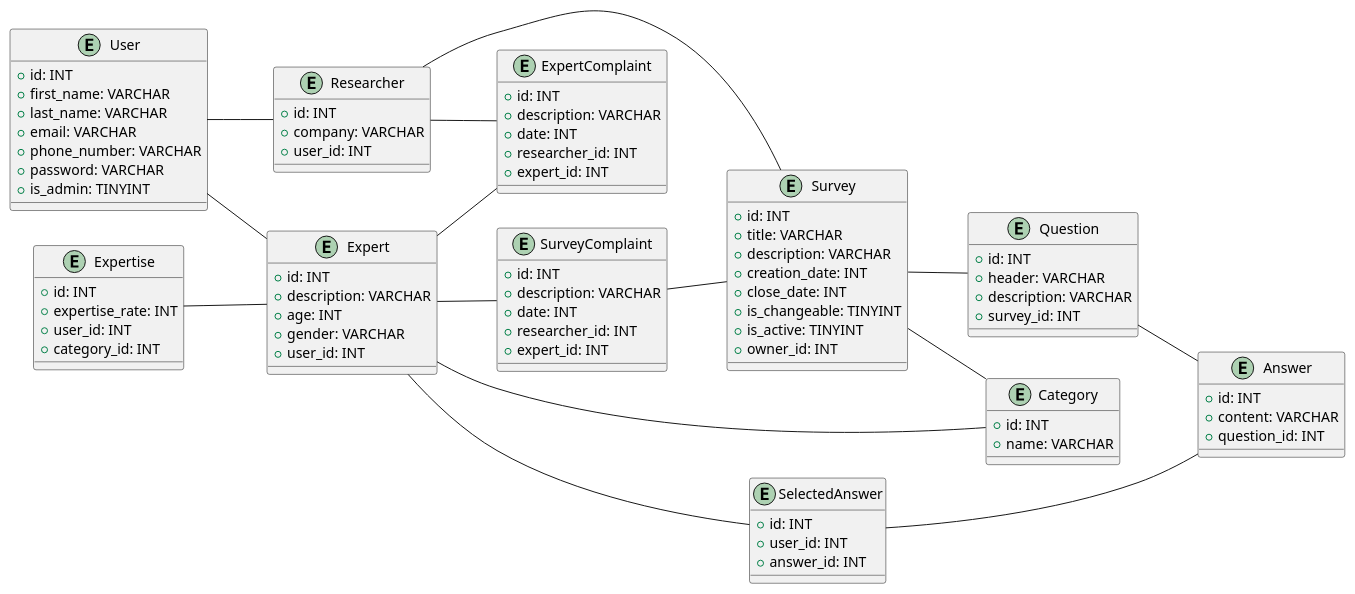
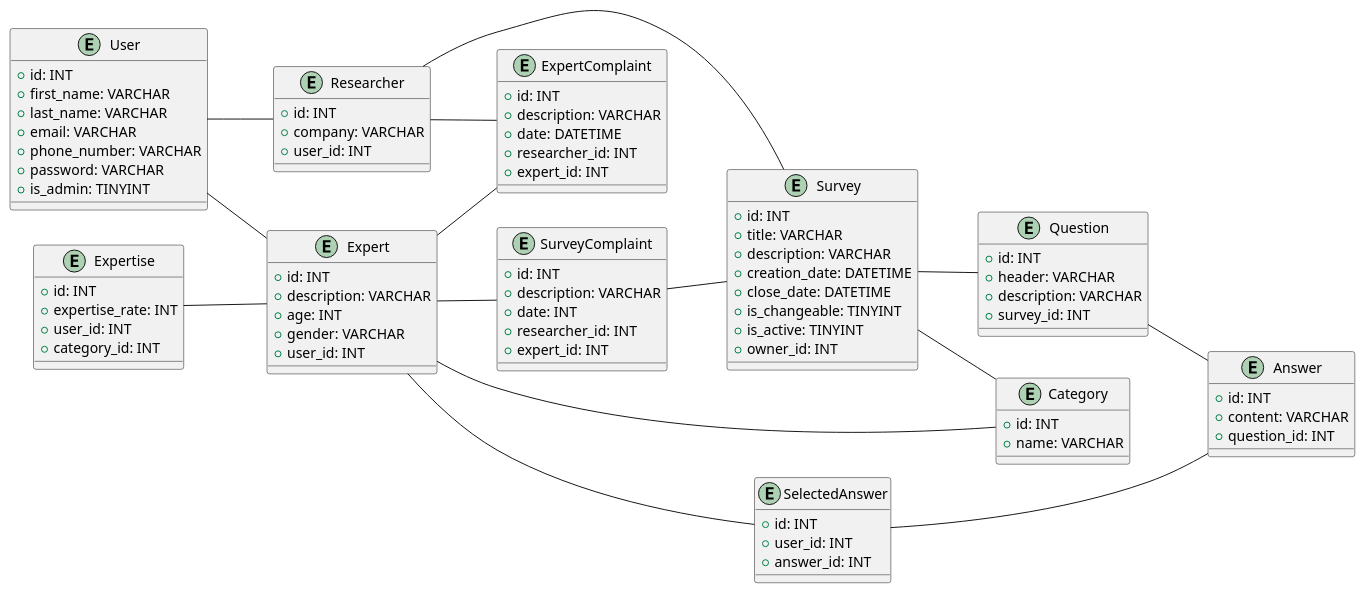
Before and after one commit to generalmaks/db_labs: the second of 2 diagrams in docs/design.md, drawn with PlantUML.

Commit message:
rename date type

```diff
--- a/docs/design.md
+++ b/docs/design.md
@@ -203,7 +203,7 @@
    entity "ExpertComplaint" {
     + id: INT
     + description: VARCHAR
-    + date: INT
+    + date: DATETIME
     + researcher_id: INT
     + expert_id: INT   
   }
@@ -220,8 +220,8 @@
     + id: INT
     + title: VARCHAR
     + description: VARCHAR 
-    + creation_date: INT
-    + close_date: INT
+    + creation_date: DATETIME
+    + close_date: DATETIME
     + is_changeable: TINYINT
     + is_active: TINYINT
     + owner_id: INT
```
